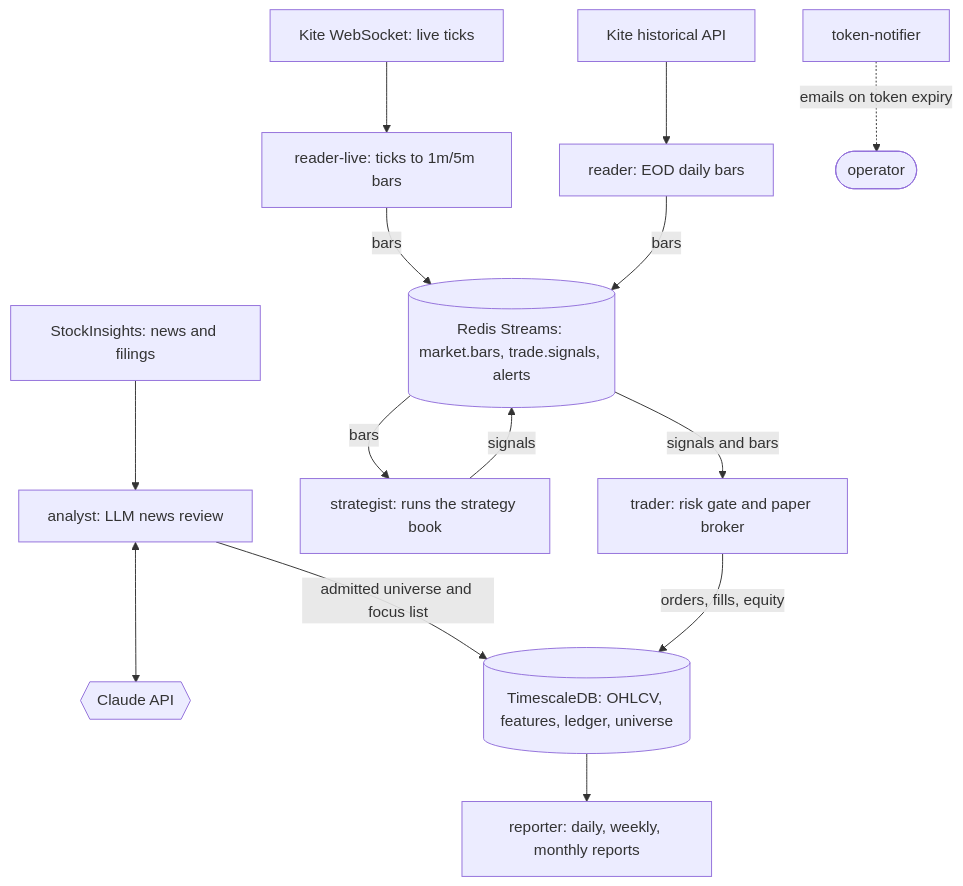
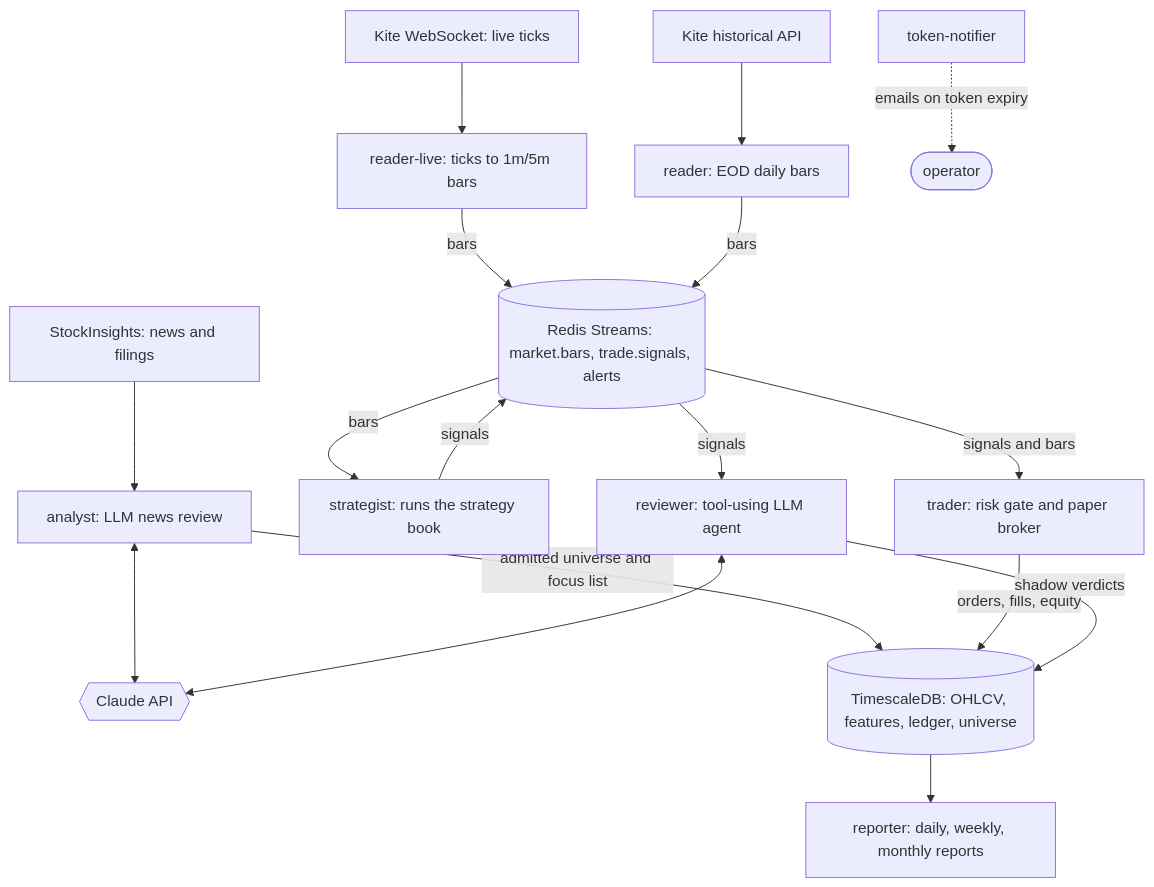
Before and after one commit to algo-maniac/trading_system: the diagram in README.md, drawn with Mermaid. The commit also changed other lines of this file and 11 other files, not shown here.

First line of the commit message:
Phase 5d: tool-using LLM signal reviewer (shadow mode) + eval harness

````diff
--- a/README.md
+++ b/README.md
@@ -19,17 +19,20 @@
 ```mermaid
 flowchart TD
     WS[Kite WebSocket: live ticks] --> RL[reader-live: ticks to 1m/5m bars]
     HIST[Kite historical API] --> RD[reader: EOD daily bars]
     NEWS[StockInsights: news and filings] --> AN[analyst: LLM news review]
     AN <--> LLM{{Claude API}}
     AN -- admitted universe and focus list --> DB
     RL -- bars --> BUS
     RD -- bars --> BUS
     BUS[(Redis Streams: market.bars, trade.signals, alerts)]
     BUS -- bars --> ST[strategist: runs the strategy book]
     ST -- signals --> BUS
     BUS -- signals and bars --> TR[trader: risk gate and paper broker]
     TR -- orders, fills, equity --> DB[(TimescaleDB: OHLCV, features, ledger, universe)]
     DB --> RP[reporter: daily, weekly, monthly reports]
+    BUS -- signals --> RV[reviewer: tool-using LLM agent]
+    RV <--> LLM
+    RV -- shadow verdicts --> DB
     TN[token-notifier] -. emails on token expiry .-> OPS([operator])
 ```
````
